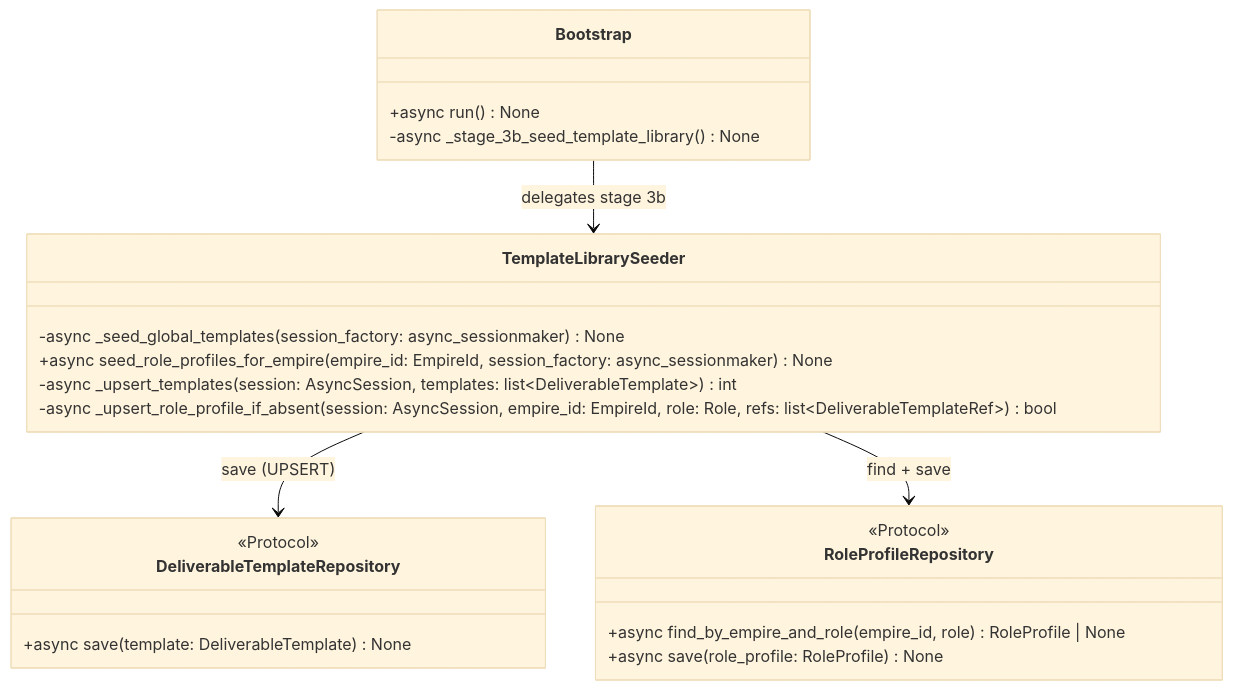
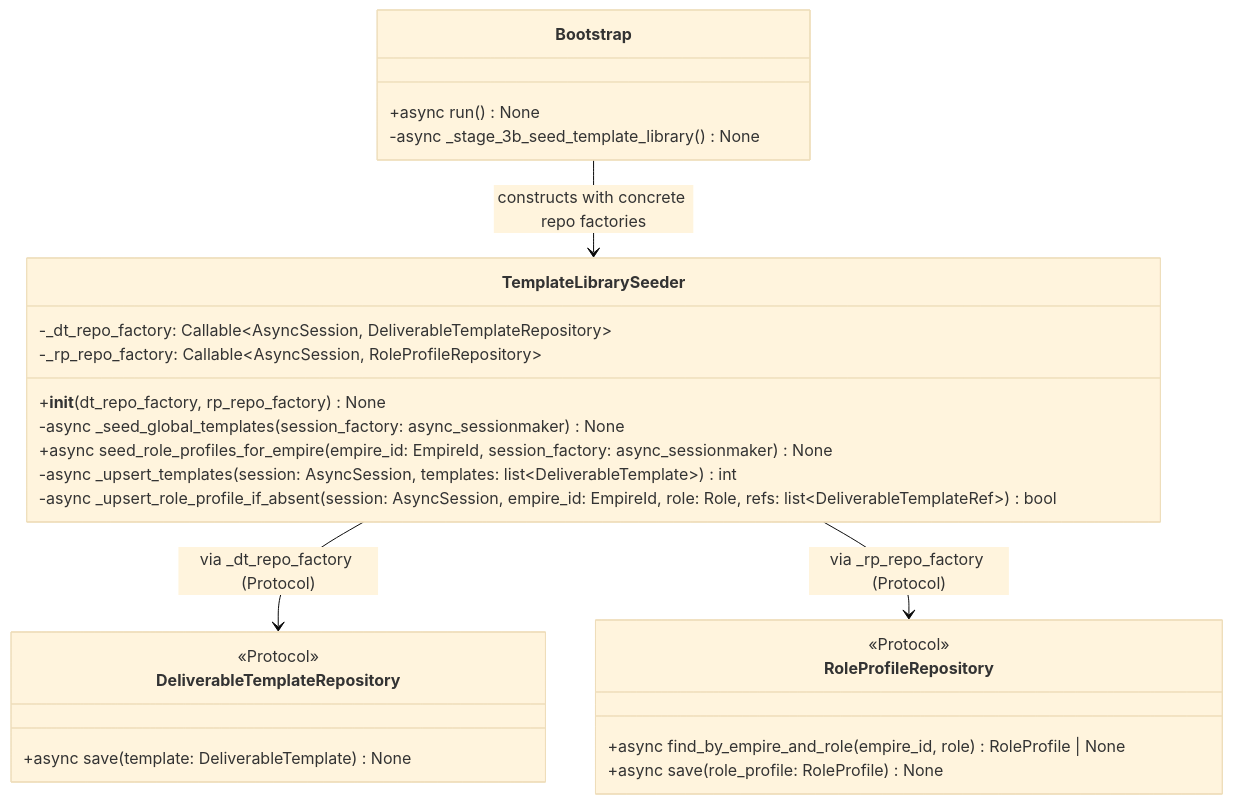
The diagram in docs/features/deliverable-template/template-library/detailed-design.md (bakufu-dev/bakufu), drawn with Mermaid (base theme) before and after one commit. The commit also changed other lines of this file and 1 other file, not shown here.

Commit message:
fix(template-library): IMPL-TL4対応 — TemplateLibrarySeeder のClean Architecture違反を設計書レベルで修正
detailed-design.md:
- クラス図: TemplateLibrarySeeder に __init__(dt_repo_factory, rp_repo_factory) を追加、
  _dt_repo_factory / _rp_repo_factory フィールドを明示
- 関係線: "delegates stage 3b" → "constructs with concrete repo factories"
  + "via _dt_repo_factory (Protocol)" / "via _rp_repo_factory (Protocol)" に変更
- 設計原則: 「コンストラクタは持たず」→ DI 注入（Callable[[AsyncSession], Repository]）を受け取る旨に修正
- _upsert_templates 制約: SqliteDeliverableTemplateRepository(session).save(t)
  → _dt_repo_factory(session).save(t)（DeliverableTemplateRepository Protocol 経由）に修正
- Bootstrap section: DI 注入（Bootstrap がコンポジションルート）記述を追加

basic-design.md:
- 凝集ポイント: Repository Protocol 経由 + DI コンストラクタ + Bootstrap コンポジションルートを明記
- シーケンス図: Bootstrap が TemplateLibrarySeeder を構築して DI 注入するステップを追加

basic-design.md（L128）と detailed-design.md（L52）の矛盾を解消し、
application 層が infrastructure 具体実装を直接 import しない設計に統一する

````diff
--- a/docs/features/deliverable-template/template-library/detailed-design.md
+++ b/docs/features/deliverable-template/template-library/detailed-design.md
@@ -14,29 +14,32 @@
 ```mermaid
 classDiagram
     class TemplateLibrarySeeder {
+        -_dt_repo_factory: Callable~AsyncSession, DeliverableTemplateRepository~
+        -_rp_repo_factory: Callable~AsyncSession, RoleProfileRepository~
+        +__init__(dt_repo_factory, rp_repo_factory) None
         -async _seed_global_templates(session_factory: async_sessionmaker) None
         +async seed_role_profiles_for_empire(empire_id: EmpireId, session_factory: async_sessionmaker) None
         -async _upsert_templates(session: AsyncSession, templates: list~DeliverableTemplate~) int
         -async _upsert_role_profile_if_absent(session: AsyncSession, empire_id: EmpireId, role: Role, refs: list~DeliverableTemplateRef~) bool
     }
 
     class Bootstrap {
         +async run() None
         -async _stage_3b_seed_template_library() None
     }
 
     class DeliverableTemplateRepository {
         <<Protocol>>
         +async save(template: DeliverableTemplate) None
     }
 
     class RoleProfileRepository {
         <<Protocol>>
         +async find_by_empire_and_role(empire_id, role) RoleProfile | None
         +async save(role_profile: RoleProfile) None
     }
 
-    Bootstrap --> TemplateLibrarySeeder : delegates stage 3b
-    TemplateLibrarySeeder --> DeliverableTemplateRepository : save (UPSERT)
-    TemplateLibrarySeeder --> RoleProfileRepository : find + save
+    Bootstrap --> TemplateLibrarySeeder : constructs with concrete repo factories
+    TemplateLibrarySeeder --> DeliverableTemplateRepository : via _dt_repo_factory (Protocol)
+    TemplateLibrarySeeder --> RoleProfileRepository : via _rp_repo_factory (Protocol)
 ```
````
